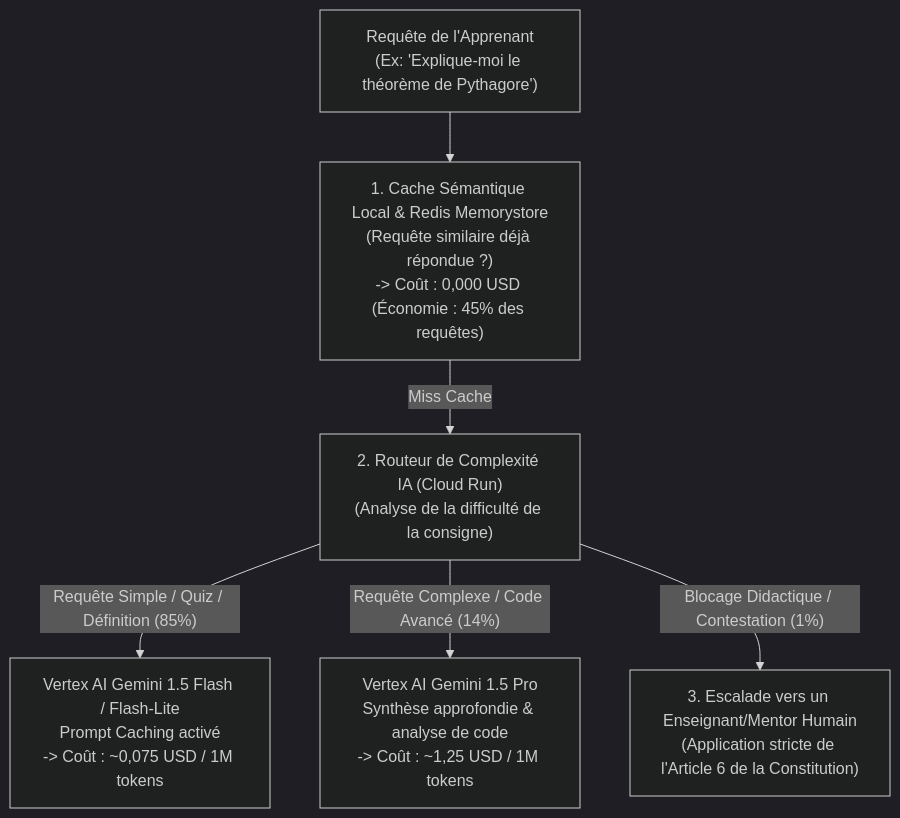
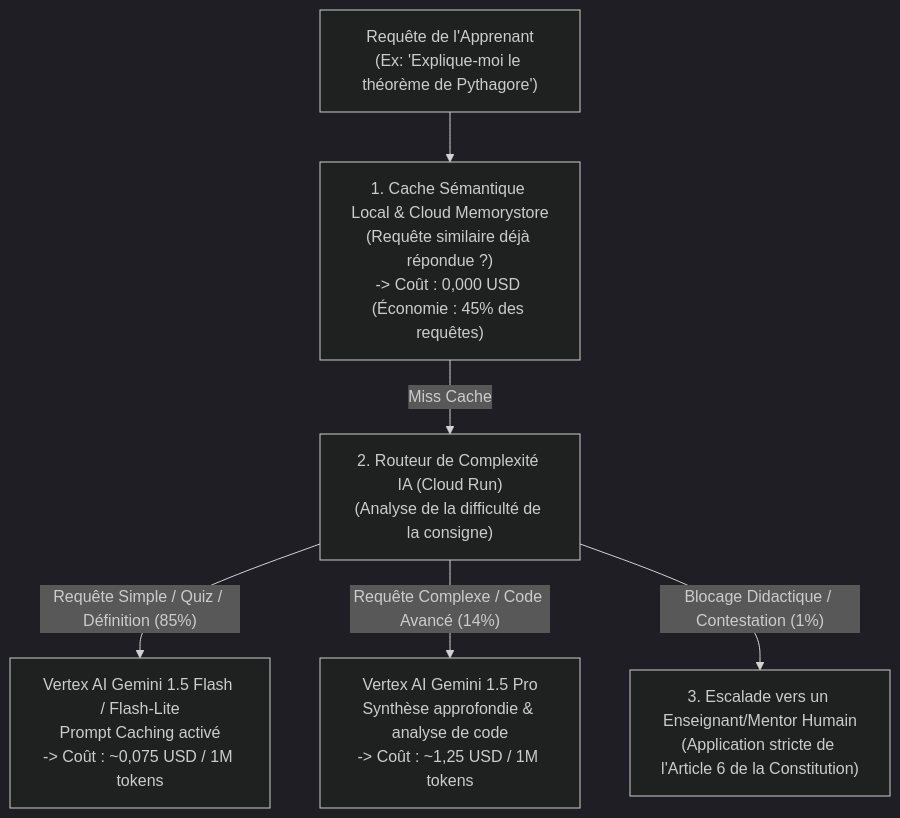
Before and after one commit to Adolphechris/clenel-elysium: the first of 2 diagrams in tome-17/302/README.md, drawn with Mermaid (dark theme). The commit also changed other lines of this file and 39 other files, not shown here.

````diff
--- a/tome-17/302/README.md
+++ b/tome-17/302/README.md
@@ -23,12 +23,12 @@
 ```mermaid
 flowchart TD
-    REQ["Requête de l'Apprenant\n(Ex: 'Explique-moi le théorème de Pythagore')"] --> CACHE_SEM["1. Cache Sémantique Local & Redis Memorystore\n(Requête similaire déjà répondue ?)\n-> Coût : 0,000 USD (Économie : 45% des requêtes)"]
+    REQ["Requête de l'Apprenant\n(Ex: 'Explique-moi le théorème de Pythagore')"] --> CACHE_SEM["1. Cache Sémantique Local & Cloud Memorystore\n(Requête similaire déjà répondue ?)\n-> Coût : 0,000 USD (Économie : 45% des requêtes)"]
     
     CACHE_SEM -->|"Miss Cache"| ROUTEUR["2. Routeur de Complexité IA (Cloud Run)\n(Analyse de la difficulté de la consigne)"]
     
     ROUTEUR -->|"Requête Simple / Quiz / Définition (85%)"| FLASH["Vertex AI Gemini 1.5 Flash / Flash-Lite\nPrompt Caching activé\n-> Coût : ~0,075 USD / 1M tokens"]
     
     ROUTEUR -->|"Requête Complexe / Code Avancé (14%)"| PRO["Vertex AI Gemini 1.5 Pro\nSynthèse approfondie & analyse de code\n-> Coût : ~1,25 USD / 1M tokens"]
     
     ROUTEUR -->|"Blocage Didactique / Contestation (1%)"| HUMAIN["3. Escalade vers un Enseignant/Mentor Humain\n(Application stricte de l'Article 6 de la Constitution)"]
 ```
````
